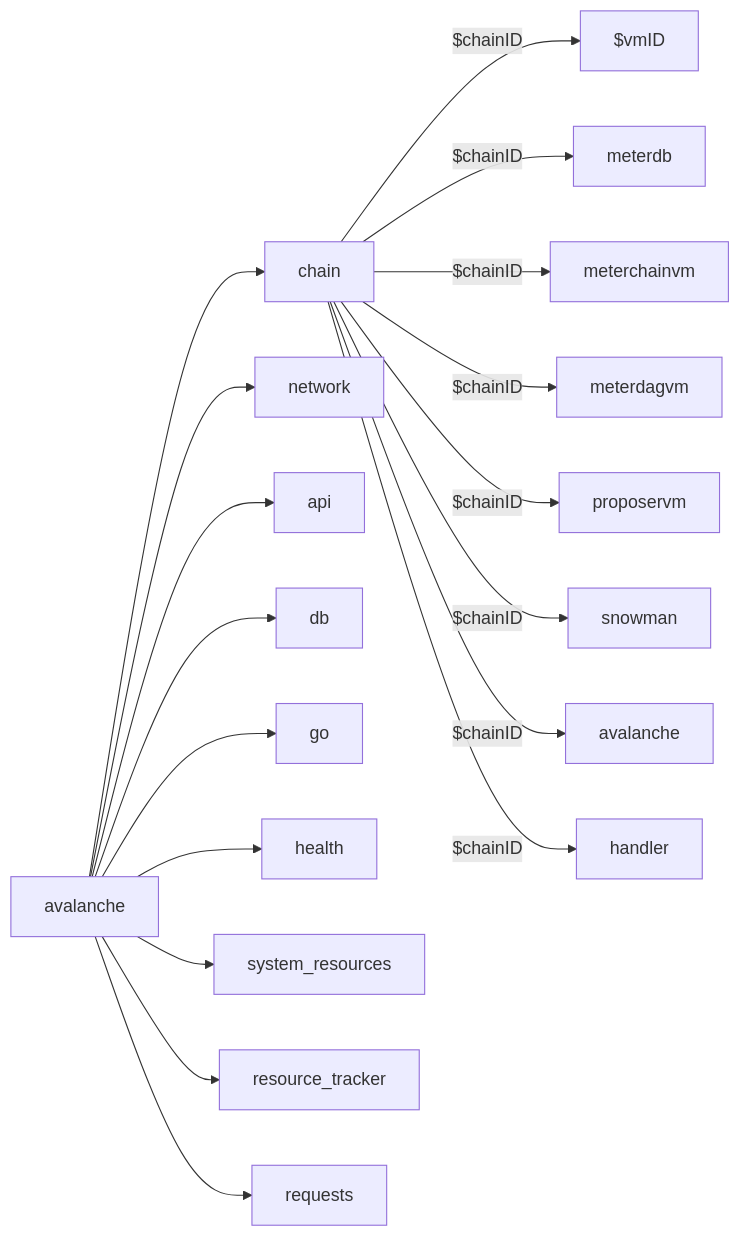
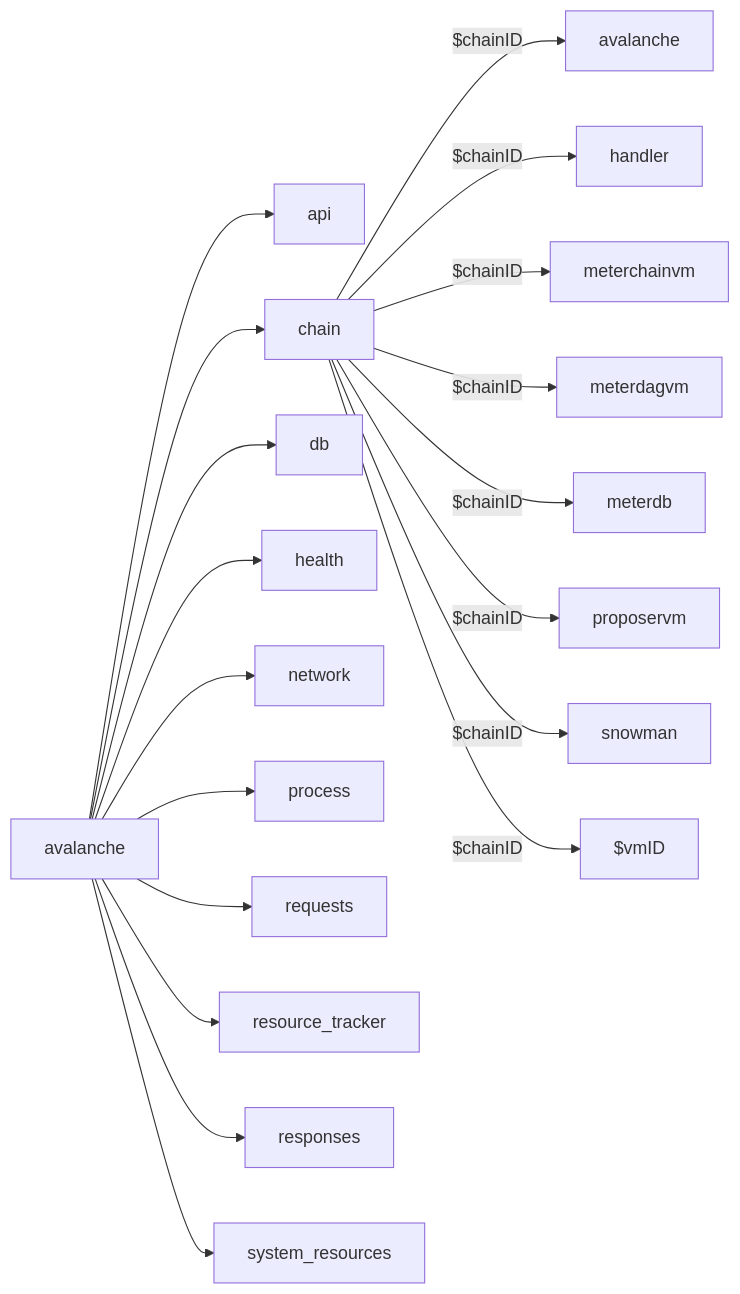
Before and after one commit to ava-labs/avalanchego: the diagram in api/metrics/README.md, drawn with Mermaid.

````diff
--- a/api/metrics/README.md
+++ b/api/metrics/README.md
@@ -3,20 +3,21 @@
 ```mermaid
 graph LR
-    A[avalanche] --> B[chain]
-    A --> C[network]
-    A --> D[api]
-    A --> E[db]
-    A --> F[go]
-    A --> G[health]
-    A --> H[system_resources]
+    A[avalanche] --> B[api]
+    A --> C[chain]
+    A --> D[db]
+    A --> E[health]
+    A --> F[network]
+    A --> G[process]
+    A --> H[requests]
     A --> I[resource_tracker]
-    A --> J[requests]
-    B -- $chainID --> K[$vmID]
-    B -- $chainID --> L[meterdb]
-    B -- $chainID --> M[meterchainvm]
-    B -- $chainID --> N[meterdagvm]
-    B -- $chainID --> O[proposervm]
-    B -- $chainID --> P[snowman]
-    B -- $chainID --> Q[avalanche]
-    B -- $chainID --> R[handler]
+    A --> J[responses]
+    A --> K[system_resources]
+    C -- $chainID --> L[avalanche]
+    C -- $chainID --> M[handler]
+    C -- $chainID --> N[meterchainvm]
+    C -- $chainID --> O[meterdagvm]
+    C -- $chainID --> P[meterdb]
+    C -- $chainID --> Q[proposervm]
+    C -- $chainID --> R[snowman]
+    C -- $chainID --> S[$vmID]
 ```
````
